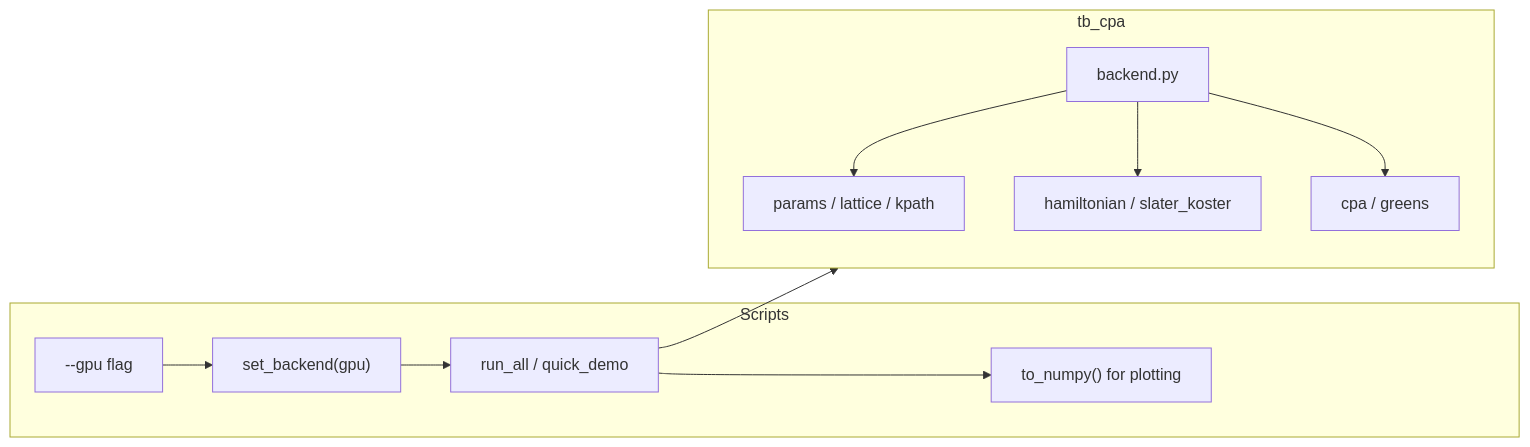
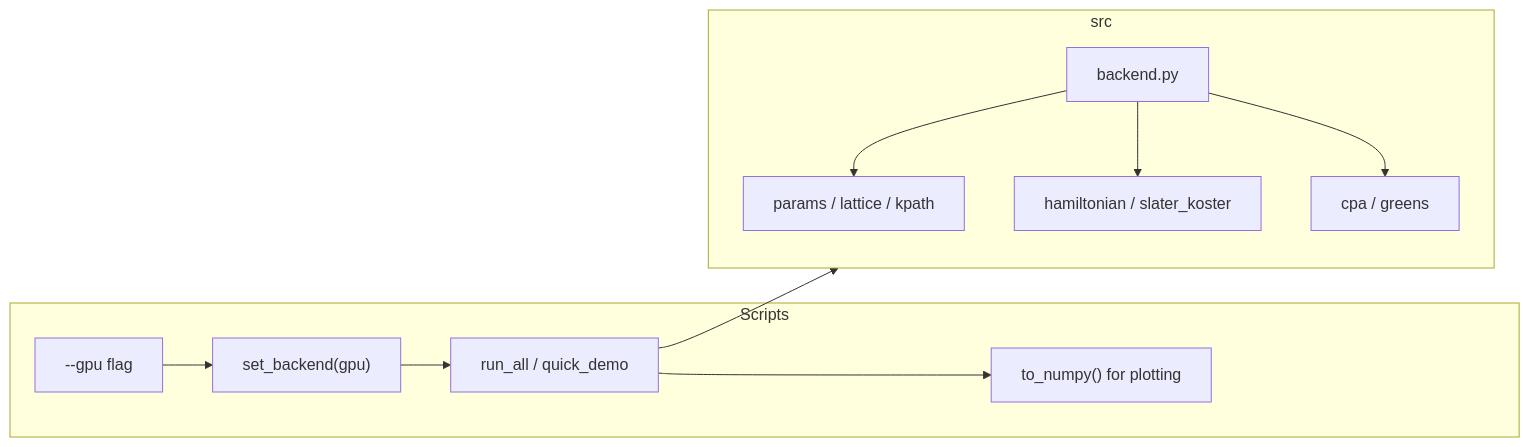
One commit to maxmarkov/cpa-tight-binding changed the diagram in plan.md. Above: the diagram before and after it, drawn with Mermaid. The commit also changed other lines of this file and 20 other files, not shown here.

````diff
--- a/plan.md
+++ b/plan.md
@@ -60,22 +60,22 @@
 ```mermaid
 flowchart LR
   subgraph scripts [Scripts]
     CLI["--gpu flag"]
     set_backend["set_backend(gpu)"]
     run["run_all / quick_demo"]
     to_numpy["to_numpy() for plotting"]
     CLI --> set_backend
     set_backend --> run
     run --> to_numpy
   end
-  subgraph tb_cpa [tb_cpa]
+  subgraph src [src]
     backend[backend.py]
     params[params / lattice / kpath]
     ham[hamiltonian / slater_koster]
     cpa[cpa / greens]
     backend --> params
     backend --> ham
     backend --> cpa
   end
-  run --> tb_cpa
+  run --> src
 ```
````
